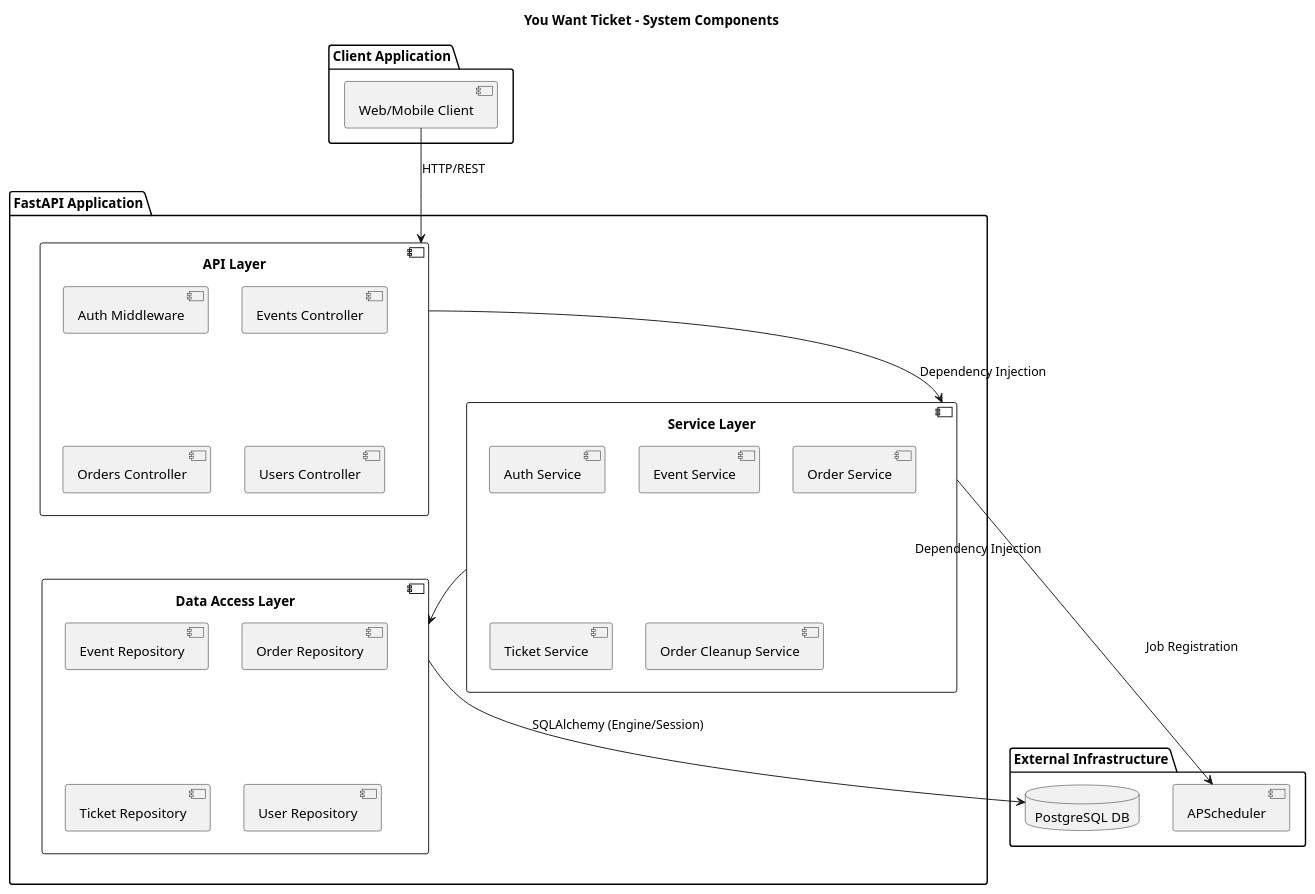
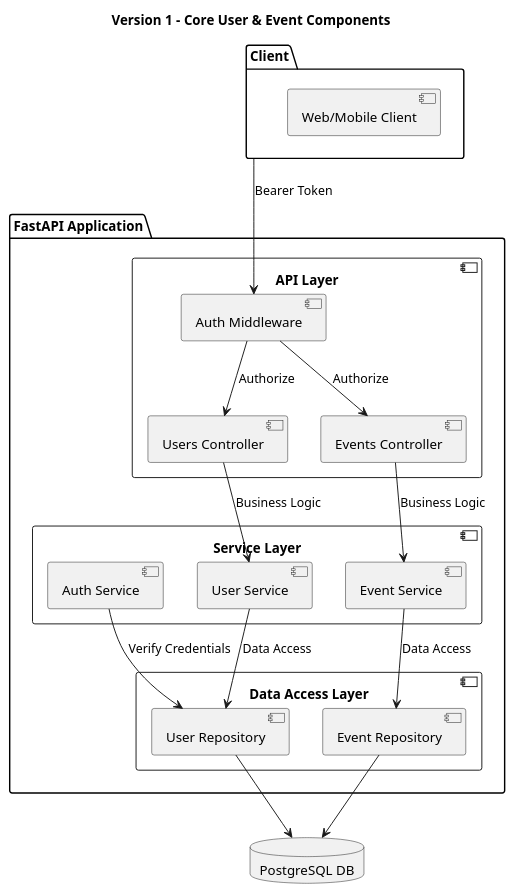
The first of 3 diagrams in diagrams/COMPONENT_DIAGRAMS.md (NikosKoutsoukosPrelorentzos/you-want-ticket), drawn with PlantUML before and after one commit. The commit also changed other lines of this file and 24 other files, not shown here.

First line of the commit message:
Restructure and expand system documentation with versioned diagrams

````diff
--- a/diagrams/COMPONENT_DIAGRAMS.md
+++ b/diagrams/COMPONENT_DIAGRAMS.md
@@ -8,44 +10,45 @@
 ```plantuml
 @startuml
-title You Want Ticket - System Components
+allowmixing
+title Version 1 - Core User & Event Components
 
-package "Client Application" {
-  [Web/Mobile Client] as Client
+package "Client" {
+  component "Web/Mobile Client" as Client
 }
 
 package "FastAPI Application" {
   component "API Layer" as API {
-    [Auth Middleware]
-    [Events Controller]
-    [Orders Controller]
-    [Users Controller]
+    component "Auth Middleware" as AM
+    component "Users Controller" as UC
+    component "Events Controller" as EC
   }
 
   component "Service Layer" as Service {
-    [Auth Service]
-    [Event Service]
-    [Order Service]
-    [Ticket Service]
-    [Order Cleanup Service]
+    component "Auth Service" as AS
+    component "User Service" as US
+    component "Event Service" as ES
   }
 
   component "Data Access Layer" as DAL {
-    [Event Repository]
-    [Order Repository]
-    [Ticket Repository]
-    [User Repository]
+    component "User Repository" as UR
+    component "Event Repository" as ER
   }
 }
 
-package "External Infrastructure" {
-  database "PostgreSQL DB" as DB
-  component "APScheduler" as Scheduler
-}
+database "PostgreSQL DB" as DB
 
-Client --> API : HTTP/REST
-API --> Service : Dependency Injection
-Service --> DAL : Dependency Injection
-Service --> Scheduler : Job Registration
-DAL --> DB : SQLAlchemy (Engine/Session)
+Client --> AM : "Bearer Token"
+AM --> UC : "Authorize"
+AM --> EC : "Authorize"
+
+UC --> US : "Business Logic"
+EC --> ES : "Business Logic"
+
+US --> UR : "Data Access"
+ES --> ER : "Data Access"
+AS --> UR : "Verify Credentials"
+
+UR --> DB
+ER --> DB
 @enduml
 ```
````
